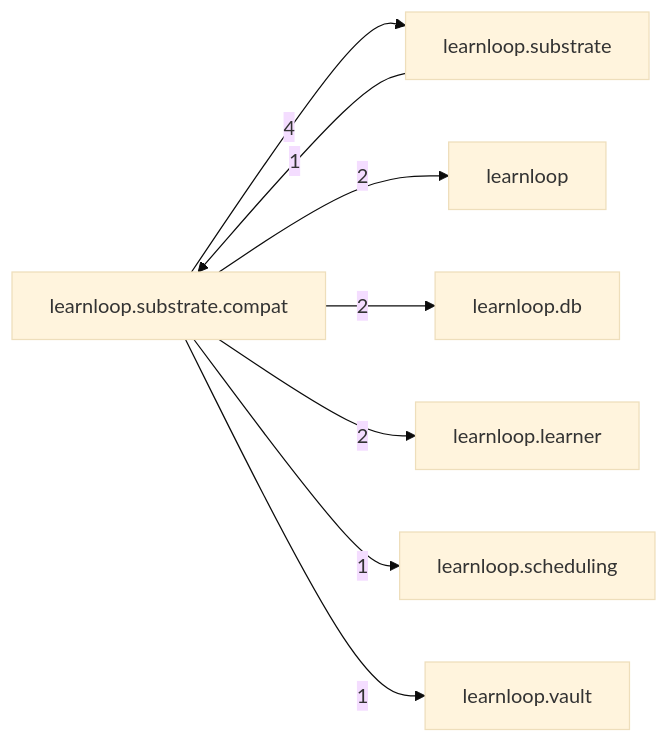
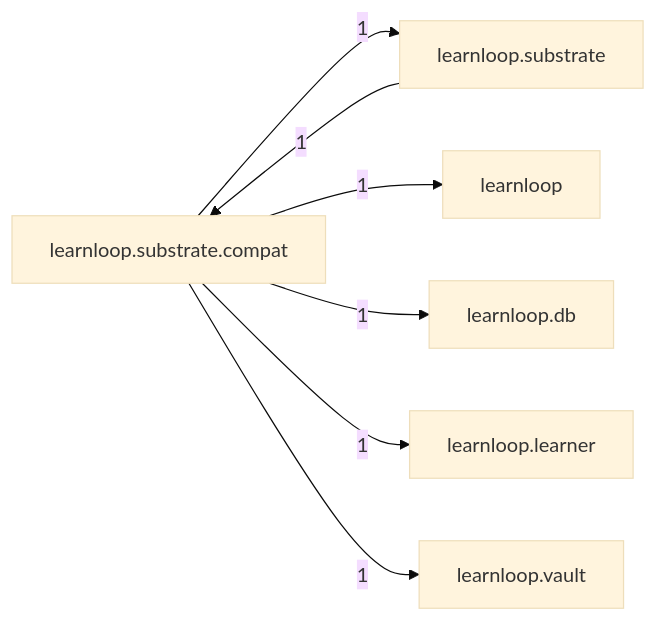
One commit to 6up-b/learnanything changed the diagram in docs/learnloop-architecture-vault/Reference/Modules/learnloop/substrate/compat/_package.md. Above: the diagram before and after it, drawn with Mermaid (base theme). The commit also changed other lines of this file and 66 other files, not shown here.

````diff
--- a/docs/learnloop-architecture-vault/Reference/Modules/learnloop/substrate/compat/_package.md
+++ b/docs/learnloop-architecture-vault/Reference/Modules/learnloop/substrate/compat/_package.md
@@ -71,17 +68,15 @@
 ```mermaid
 flowchart LR
     center["learnloop.substrate.compat"]
     n_learnloop_substrate["learnloop.substrate"]
     n_learnloop["learnloop"]
     n_learnloop_db["learnloop.db"]
     n_learnloop_learner["learnloop.learner"]
-    n_learnloop_scheduling["learnloop.scheduling"]
     n_learnloop_vault["learnloop.vault"]
     n_learnloop_substrate -->|1| center
-    center -->|4| n_learnloop_substrate
-    center -->|2| n_learnloop
-    center -->|2| n_learnloop_db
-    center -->|2| n_learnloop_learner
-    center -->|1| n_learnloop_scheduling
+    center -->|1| n_learnloop_substrate
+    center -->|1| n_learnloop
+    center -->|1| n_learnloop_db
+    center -->|1| n_learnloop_learner
     center -->|1| n_learnloop_vault
 ```
````
